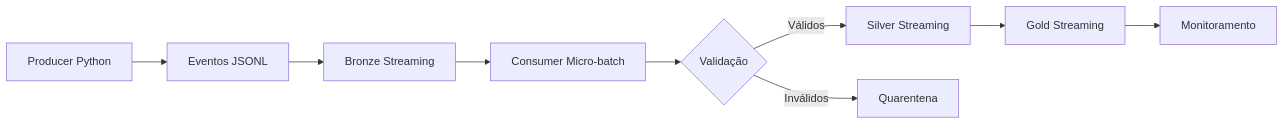
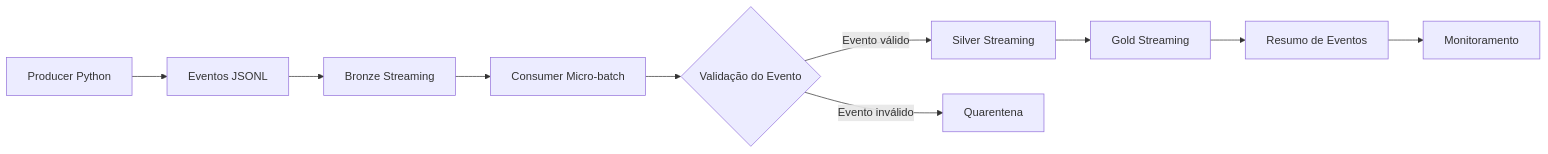
One commit to acorrea79/techchallenge-fase2-pipeline-alfabetizacao changed the third of 3 diagrams in README.md. Above: the diagram before and after it, drawn with Mermaid. The commit also changed other lines of this file, not shown here.

````diff
--- a/README.md
+++ b/README.md
@@ -172,11 +205,14 @@
 ```mermaid
 flowchart LR
     A[Producer Python] --> B[Eventos JSONL]
     B --> C[Bronze Streaming]
     C --> D[Consumer Micro-batch]
-    D --> E{Validação}
-    E -->|Válidos| F[Silver Streaming]
-    E -->|Inválidos| G[Quarentena]
+    D --> E{Validação do Evento}
+
+    E -->|Evento válido| F[Silver Streaming]
+    E -->|Evento inválido| G[Quarentena]
+
     F --> H[Gold Streaming]
-    H --> I[Monitoramento]
+    H --> I[Resumo de Eventos]
+    I --> J[Monitoramento]
 ```
````
